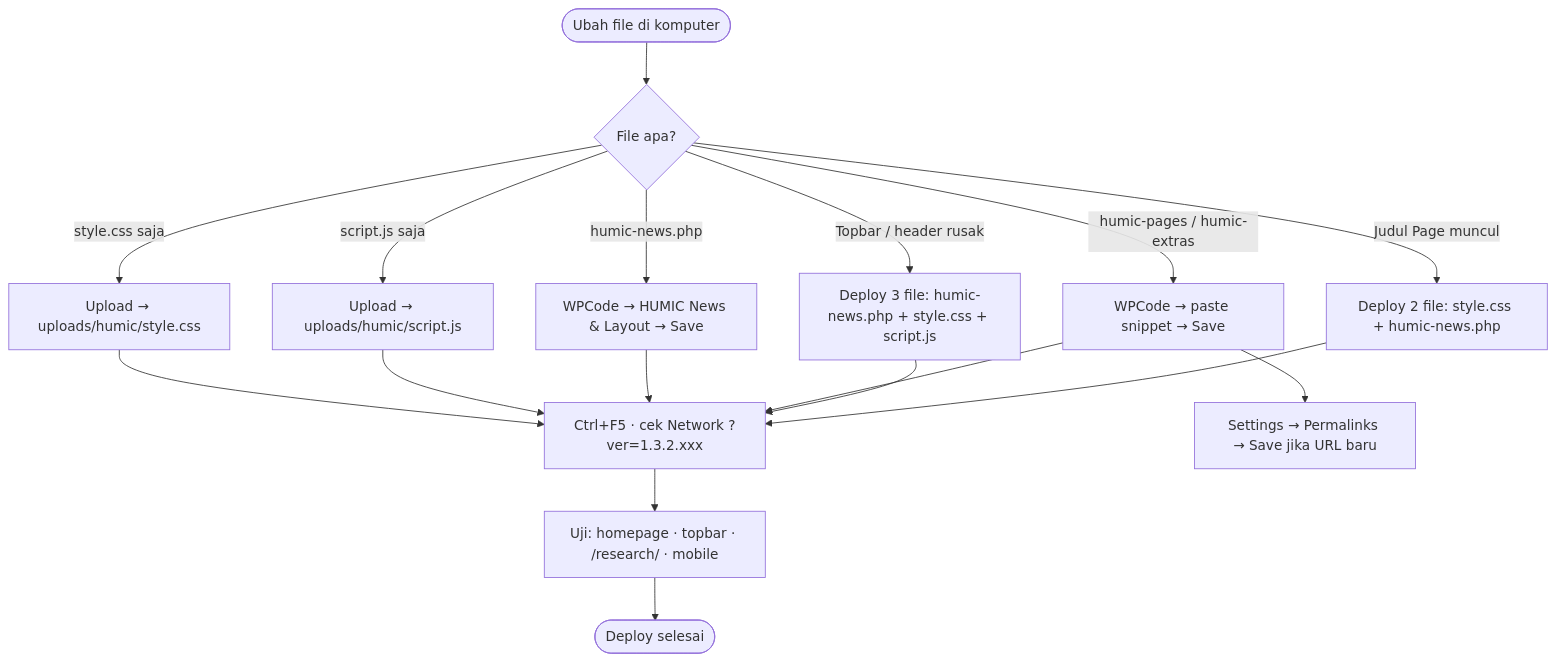
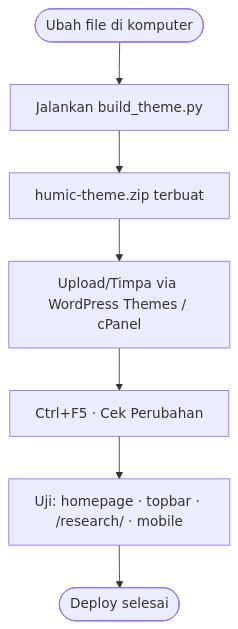
Before and after one commit to Dhimmas/humicengineeringlandingpagewordpress: the third of 4 diagrams in README.md, drawn with Mermaid. The commit also changed other lines of this file and 1 other file, not shown here.

Commit message:
add humic theme & update readme

````diff
--- a/README.md
+++ b/README.md
@@ -170,22 +167,11 @@
 ```mermaid
 flowchart TD
-    Start([Ubah file di komputer]) --> What{File apa?}
-
-    What -->|style.css saja| CSS["Upload → uploads/humic/style.css"]
-    What -->|script.js saja| JS["Upload → uploads/humic/script.js"]
-    What -->|humic-pages / humic-extras| PHP2["WPCode → paste snippet → Save"]
-    What -->|humic-news.php| PHP1["WPCode → HUMIC News & Layout → Save"]
-    What -->|Topbar / header rusak| Header["Deploy 3 file: humic-news.php + style.css + script.js"]
-    What -->|Judul Page muncul| Title["Deploy 2 file: style.css + humic-news.php"]
-
-    CSS --> Refresh["Ctrl+F5 · cek Network ?ver=1.3.2.xxx"]
-    JS --> Refresh
-    PHP1 --> Refresh
-    PHP2 --> Permalink["Settings → Permalinks → Save jika URL baru"]
-    PHP2 --> Refresh
-    Header --> Refresh
-    Title --> Refresh
+    Start([Ubah file di komputer]) --> Build["Jalankan build_theme.py"]
+    
+    Build --> Zip["humic-theme.zip terbuat"]
+    Zip --> Upload["Upload/Timpa via WordPress Themes / cPanel"]
+    Upload --> Refresh["Ctrl+F5 · Cek Perubahan"]
 
     Refresh --> Test["Uji: homepage · topbar · /research/ · mobile"]
     Test --> Done([Deploy selesai])
 ```
````
